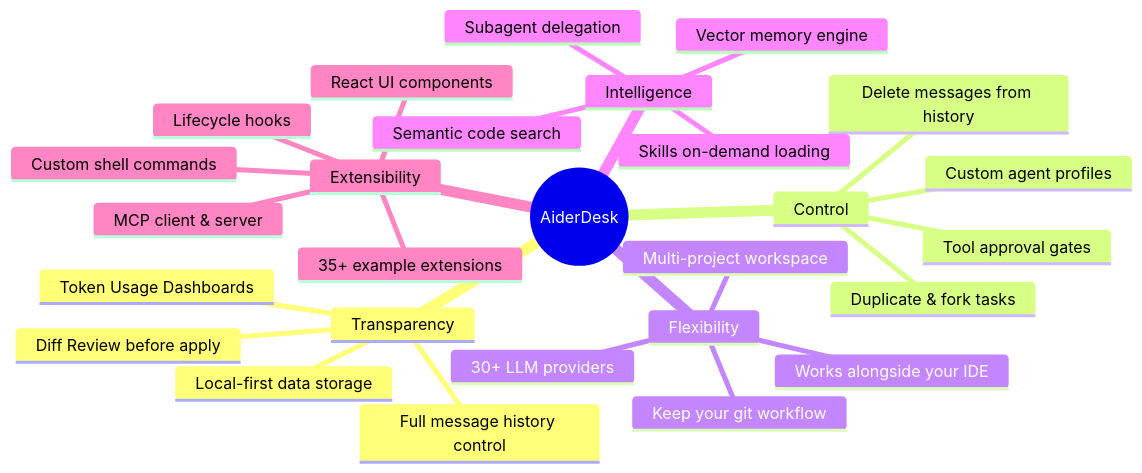
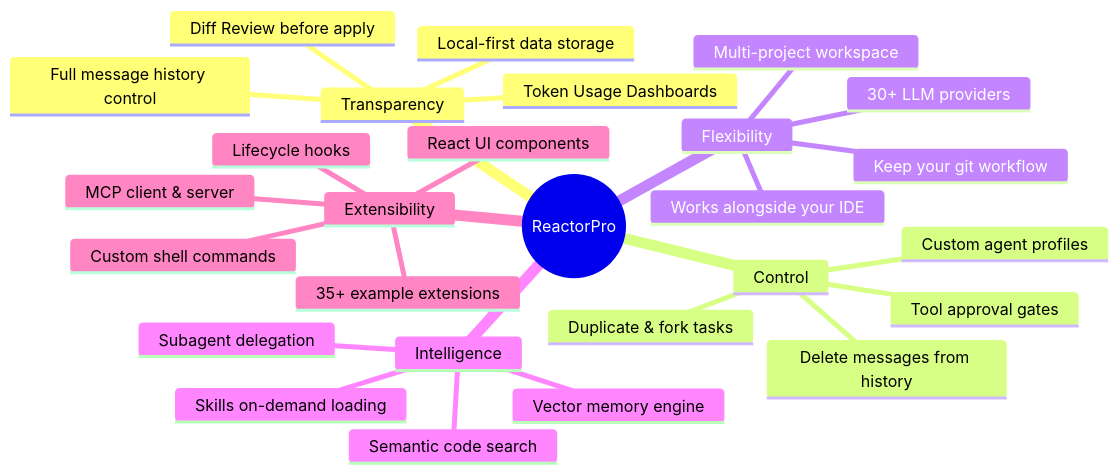
The diagram in README.md (DrOlu/ReactorPro), drawn with Mermaid before and after one commit. The commit also changed other lines of this file and 2 other files, not shown here.

First line of the commit message:
chore: Sync from upstream aider-desk (e1022f2)

````diff
--- a/README.md
+++ b/README.md
@@ -124,30 +124,30 @@
 ```mermaid
 mindmap
-  root((AiderDesk))
+  root((ReactorPro))
     Transparency
       Token Usage Dashboards
       Diff Review before apply
       Full message history control
       Local-first data storage
     Control
       Tool approval gates
       Duplicate & fork tasks
       Delete messages from history
       Custom agent profiles
     Flexibility
       Multi-project workspace
       Works alongside your IDE
       30+ LLM providers
       Keep your git workflow
     Intelligence
       Vector memory engine
       Semantic code search
       Skills on-demand loading
       Subagent delegation
     Extensibility
       MCP client & server
       React UI components
       Lifecycle hooks
       Custom shell commands
       35+ example extensions
 ```
````
